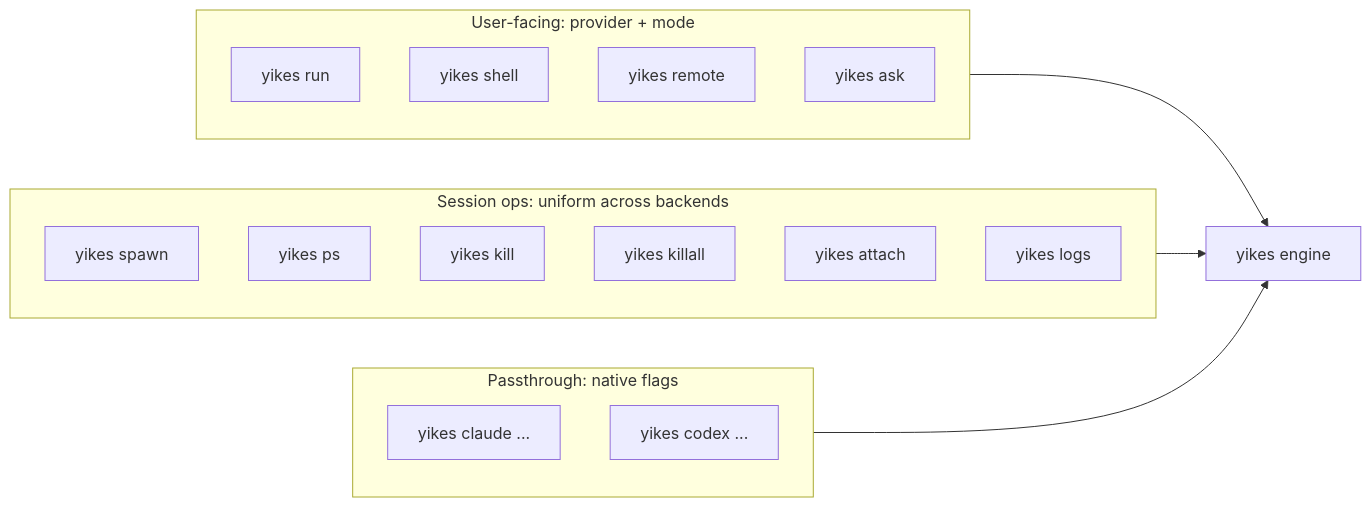
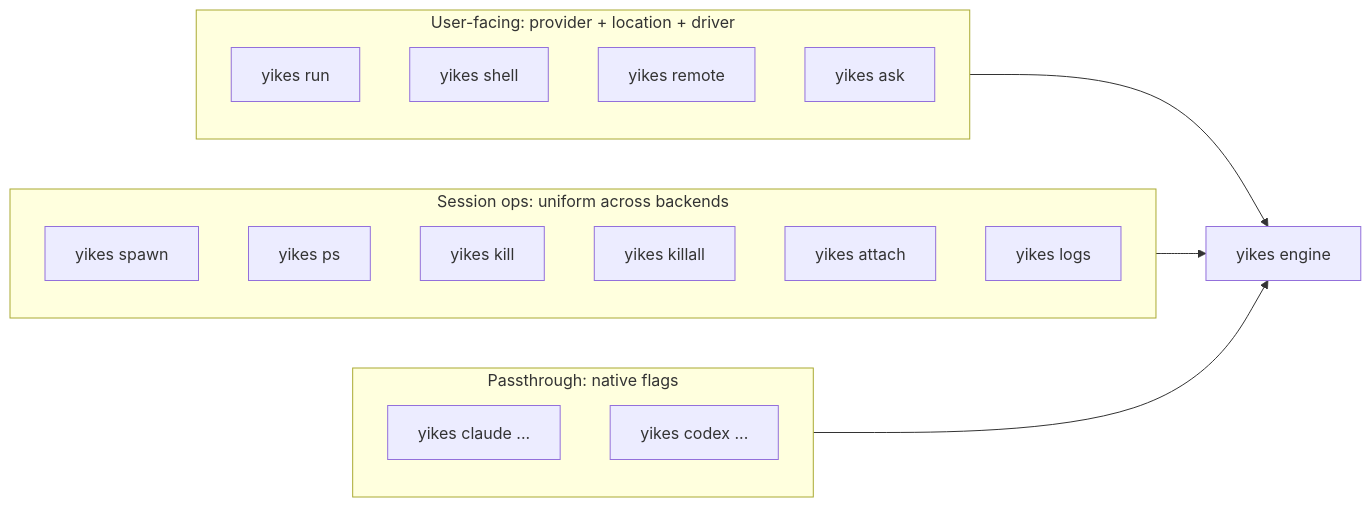
The diagram in docs/cli-wrapper.md (Alyxion/yikes), drawn with Mermaid before and after one commit. The commit also changed other lines of this file and 15 other files, not shown here.

````diff
--- a/docs/cli-wrapper.md
+++ b/docs/cli-wrapper.md
@@ -37,24 +37,24 @@
 ```mermaid
 flowchart LR
-    subgraph one[User-facing: provider + mode]
+    subgraph one[User-facing: provider + location + driver]
         prompt[yikes run]
         interactive[yikes shell]
         remote[yikes remote]
         oneshot[yikes ask]
     end
     subgraph two[Session ops: uniform across backends]
         spawn[yikes spawn]
         list[yikes ps]
         kill[yikes kill]
         killall[yikes killall]
         attach[yikes attach]
         logs[yikes logs]
     end
     subgraph three[Passthrough: native flags]
         prox[yikes claude ...]
         prox2[yikes codex ...]
     end
     one --> engine[yikes engine]
     two --> engine
     three --> engine
 ```
````
